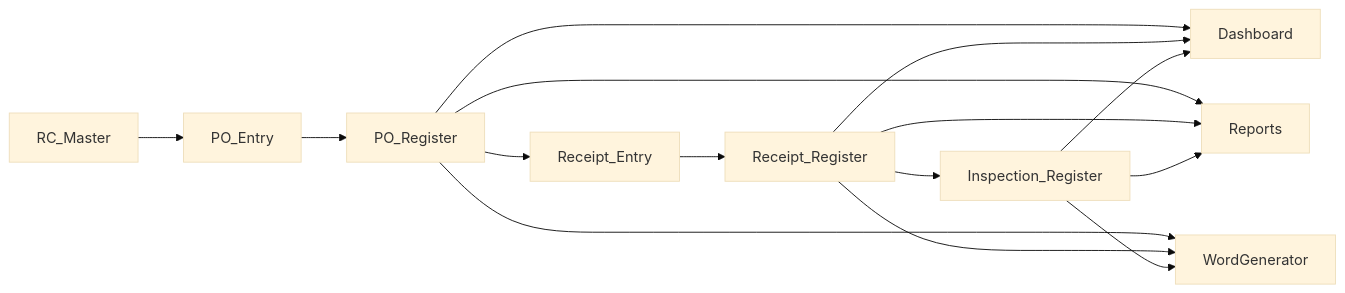
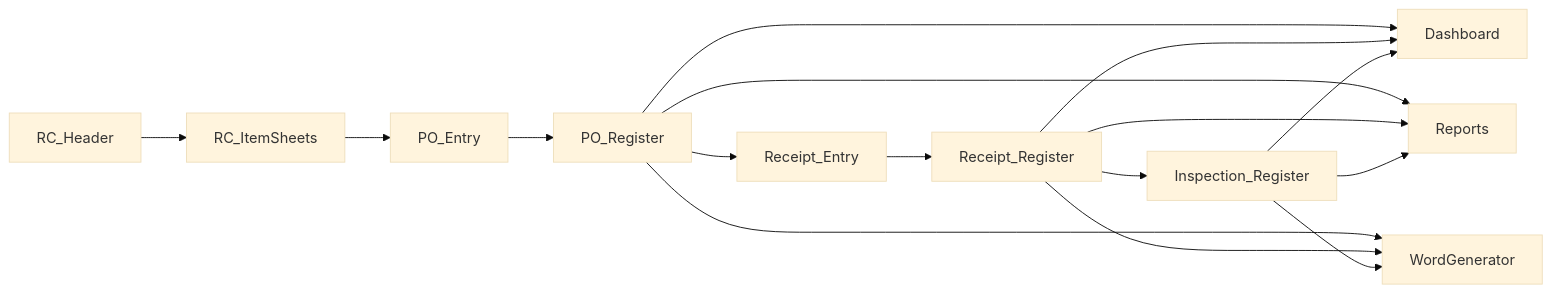
Before and after one commit to singhrp-cyber/AIIMS-Store-ERP: the diagram in Documentation/Workflow.md, drawn with Mermaid (base theme). The commit also changed other lines of this file and 8 other files, not shown here.

Commit message:
docs: migrate RC architecture across project documentation

````diff
--- a/Documentation/Workflow.md
+++ b/Documentation/Workflow.md
@@ -9,17 +9,18 @@
 ```mermaid
 flowchart LR
-  RC["RC_Master"] --> POE["PO_Entry"]
+  RCH["RC_Header"] --> RCI["RC_ItemSheets"]
+  RCI --> POE["PO_Entry"]
   POE --> POR["PO_Register"]
   POR --> RE["Receipt_Entry"]
   RE --> RR["Receipt_Register"]
   RR --> IR["Inspection_Register"]
   POR --> DB["Dashboard"]
   RR --> DB
   IR --> DB
   POR --> RP["Reports"]
   RR --> RP
   IR --> RP
   POR --> DOC["WordGenerator"]
   RR --> DOC
   IR --> DOC
-```
+  ```
````
